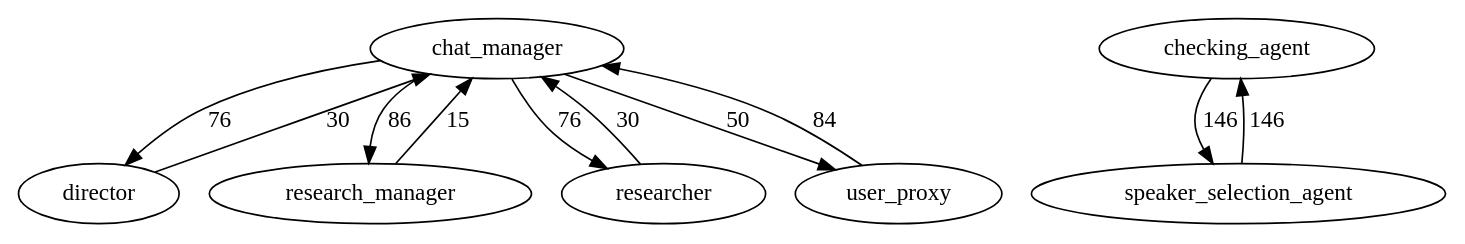
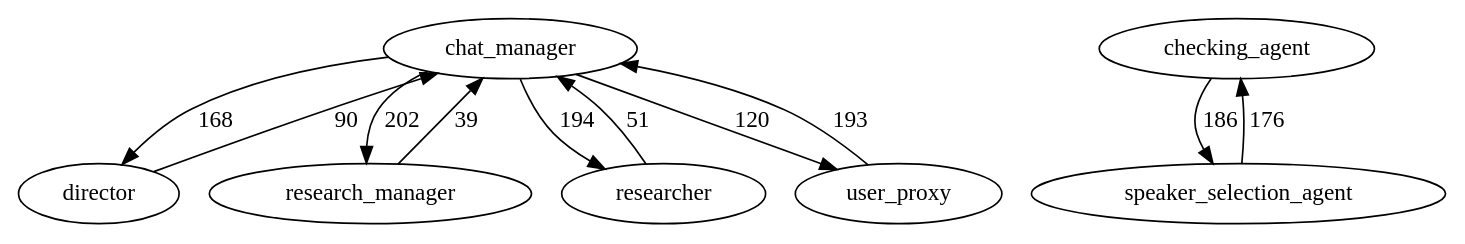
One commit to BzhH7/MASentinel changed the diagram in outputs/system2_research_agents/trace_graph.dot. Above: the diagram before and after it, drawn with Graphviz. The commit also changed 294 other files, not shown here.

```diff
--- a/outputs/system2_research_agents/trace_graph.dot
+++ b/outputs/system2_research_agents/trace_graph.dot
@@ -1,19 +1,19 @@
 digraph MASentinelTrace {
   "chat_manager" [shape=ellipse];
   "checking_agent" [shape=ellipse];
   "director" [shape=ellipse];
   "research_manager" [shape=ellipse];
   "researcher" [shape=ellipse];
   "speaker_selection_agent" [shape=ellipse];
   "user_proxy" [shape=ellipse];
-  "chat_manager" -> "director" [label="76"];
-  "chat_manager" -> "research_manager" [label="86"];
-  "chat_manager" -> "researcher" [label="76"];
-  "chat_manager" -> "user_proxy" [label="50"];
-  "checking_agent" -> "speaker_selection_agent" [label="146"];
-  "director" -> "chat_manager" [label="30"];
-  "research_manager" -> "chat_manager" [label="15"];
-  "researcher" -> "chat_manager" [label="30"];
-  "speaker_selection_agent" -> "checking_agent" [label="146"];
-  "user_proxy" -> "chat_manager" [label="84"];
+  "chat_manager" -> "director" [label="168"];
+  "chat_manager" -> "research_manager" [label="202"];
+  "chat_manager" -> "researcher" [label="194"];
+  "chat_manager" -> "user_proxy" [label="120"];
+  "checking_agent" -> "speaker_selection_agent" [label="186"];
+  "director" -> "chat_manager" [label="90"];
+  "research_manager" -> "chat_manager" [label="39"];
+  "researcher" -> "chat_manager" [label="51"];
+  "speaker_selection_agent" -> "checking_agent" [label="176"];
+  "user_proxy" -> "chat_manager" [label="193"];
 }
```
